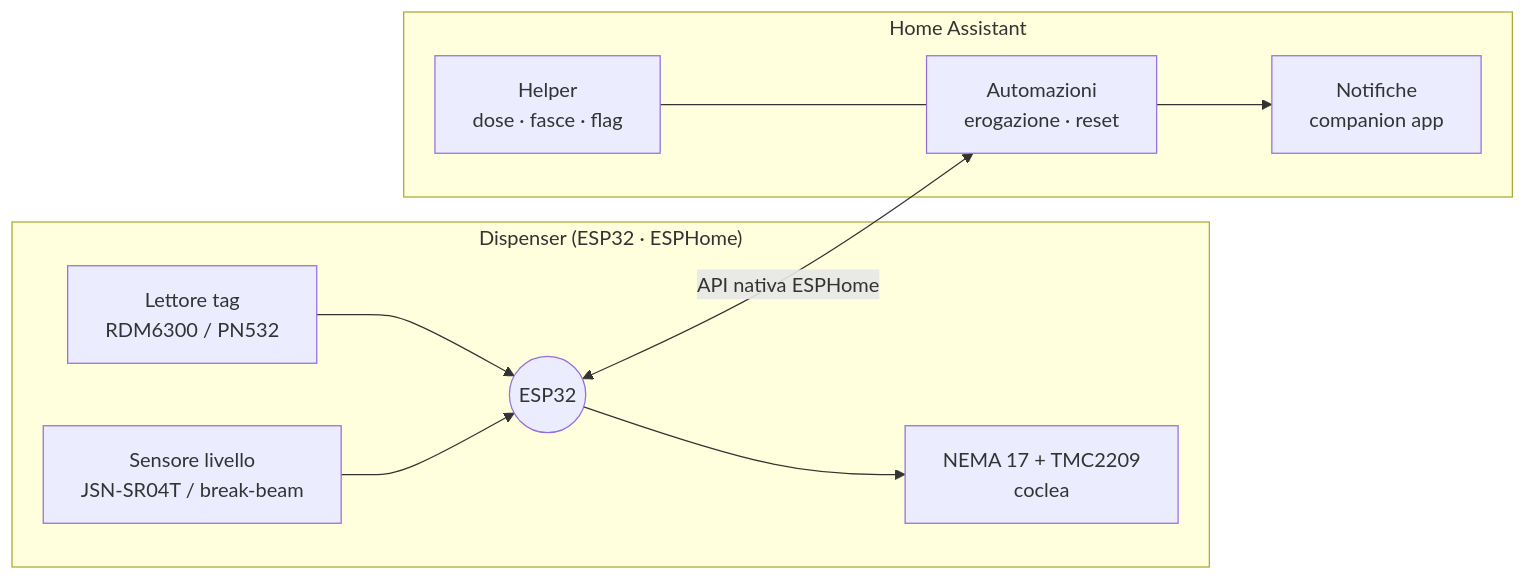
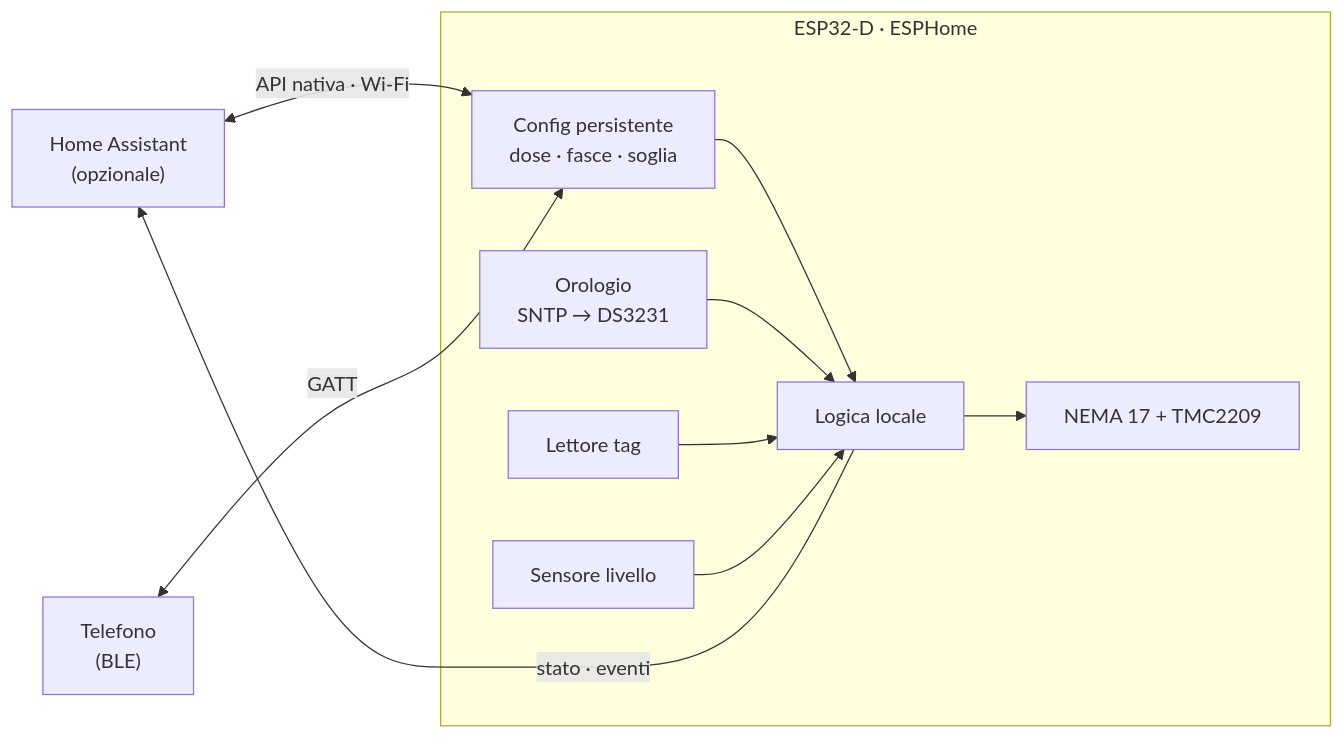
Before and after one commit to The90Frank/cat-feeder: the first of 3 diagrams in docs/plan.md, drawn with Mermaid. The commit also changed other lines of this file and 1 other file, not shown here.

````diff
--- a/docs/plan.md
+++ b/docs/plan.md
@@ -7,20 +15,16 @@
 ```mermaid
 flowchart LR
-    subgraph Dispenser["Dispenser (ESP32 · ESPHome)"]
-        TAG["Lettore tag<br/>RDM6300 / PN532"]
-        LVL["Sensore livello<br/>JSN-SR04T / break-beam"]
-        MOT["NEMA 17 + TMC2209<br/>coclea"]
-        ESP((ESP32))
-        TAG --> ESP
-        LVL --> ESP
-        ESP --> MOT
+    HA["Home Assistant<br/>(opzionale)"] <-- "API nativa · Wi-Fi" --> CFG
+    PH["Telefono<br/>(BLE)"] <-- "GATT" --> CFG
+    subgraph ESP["ESP32-D · ESPHome"]
+        CFG["Config persistente<br/>dose · fasce · soglia"]
+        CLK["Orologio<br/>SNTP → DS3231"]
+        LOG["Logica locale"]
+        CFG --> LOG
+        CLK --> LOG
+        TAG["Lettore tag"] --> LOG
+        LVL["Sensore livello"] --> LOG
+        LOG --> MOT["NEMA 17 + TMC2209"]
     end
-    subgraph HA["Home Assistant"]
-        HLP["Helper<br/>dose · fasce · flag"]
-        AUT["Automazioni<br/>erogazione · reset"]
-        NOT["Notifiche<br/>companion app"]
-        HLP --- AUT
-        AUT --> NOT
-    end
-    ESP <-- "API nativa ESPHome" --> AUT
+    LOG -- "stato · eventi" --> HA
 ```
````
